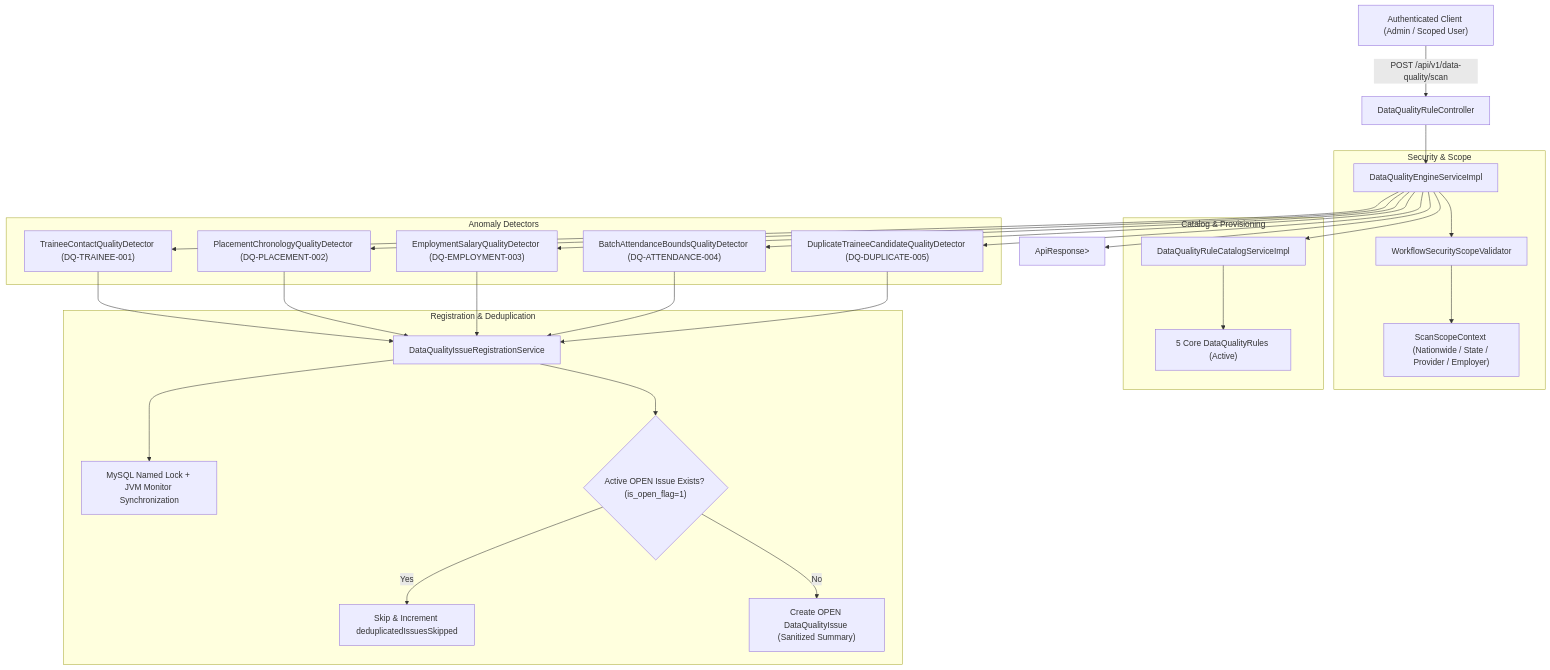
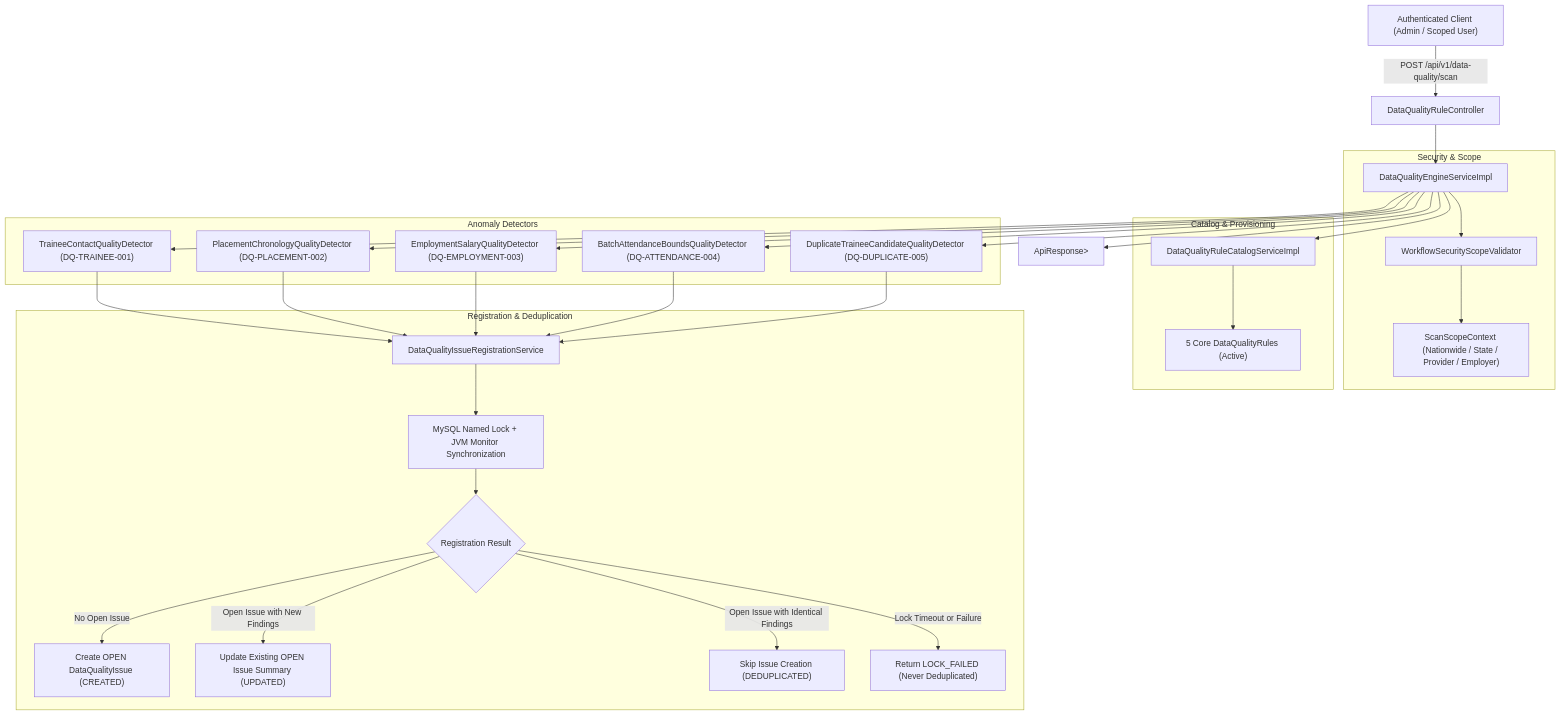
One commit to Strange01946/SIH-26135 changed the diagram in docs/phases/phase-28/phase-28-3-data-quality-rule-catalog-automated-anomaly-detection-engine-report.md. Above: the diagram before and after it, drawn with Mermaid. The commit also changed other lines of this file and 12 other files, not shown here.

````diff
--- a/docs/phases/phase-28/phase-28-3-data-quality-rule-catalog-automated-anomaly-detection-engine-report.md
+++ b/docs/phases/phase-28/phase-28-3-data-quality-rule-catalog-automated-anomaly-detection-engine-report.md
@@ -24,33 +27,35 @@
 ```mermaid
 flowchart TD
     Client["Authenticated Client (Admin / Scoped User)"] -->|POST /api/v1/data-quality/scan| DQC["DataQualityRuleController"]
     DQC --> Engine["DataQualityEngineServiceImpl"]
     
     subgraph Security & Scope
         Engine --> ScopeVal["WorkflowSecurityScopeValidator"]
         ScopeVal --> Context["ScanScopeContext (Nationwide / State / Provider / Employer)"]
     end
 
     subgraph Catalog & Provisioning
         Engine --> Catalog["DataQualityRuleCatalogServiceImpl"]
         Catalog --> Rules["5 Core DataQualityRules (Active)"]
     end
 
     subgraph Anomaly Detectors
         Engine --> D1["TraineeContactQualityDetector (DQ-TRAINEE-001)"]
         Engine --> D2["PlacementChronologyQualityDetector (DQ-PLACEMENT-002)"]
         Engine --> D3["EmploymentSalaryQualityDetector (DQ-EMPLOYMENT-003)"]
         Engine --> D4["BatchAttendanceBoundsQualityDetector (DQ-ATTENDANCE-004)"]
         Engine --> D5["DuplicateTraineeCandidateQualityDetector (DQ-DUPLICATE-005)"]
     end
 
     subgraph Registration & Deduplication
         D1 & D2 & D3 & D4 & D5 --> Reg["DataQualityIssueRegistrationService"]
         Reg --> Lock["MySQL Named Lock + JVM Monitor Synchronization"]
-        Reg --> Check{"Active OPEN Issue Exists? (is_open_flag=1)"}
-        Check -->|Yes| Skip["Skip & Increment deduplicatedIssuesSkipped"]
-        Check -->|No| Insert["Create OPEN DataQualityIssue (Sanitized Summary)"]
+        Lock --> ResultCheck{"Registration Result"}
+        ResultCheck -->|No Open Issue| Insert["Create OPEN DataQualityIssue (CREATED)"]
+        ResultCheck -->|Open Issue with New Findings| Update["Update Existing OPEN Issue Summary (UPDATED)"]
+        ResultCheck -->|Open Issue with Identical Findings| Dedup["Skip Issue Creation (DEDUPLICATED)"]
+        ResultCheck -->|Lock Timeout or Failure| Fail["Return LOCK_FAILED (Never Deduplicated)"]
     end
 
     Engine --> Summary["ApiResponse<List<DataQualityRuleExecutionSummary>>"]
 ```
````
